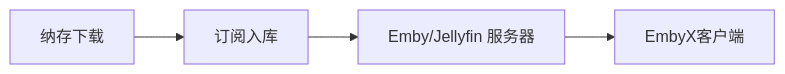
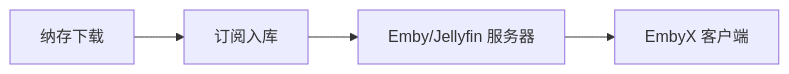
Before and after one commit to juneix/nasave-dl: the diagram in README.md, drawn with Mermaid.

````diff
--- a/README.md
+++ b/README.md
@@ -8,6 +8,6 @@
 ```mermaid
 flowchart LR
     A[纳存下载] --> B[订阅入库]
     B --> C[Emby/Jellyfin 服务器]
-    C --> D[EmbyX客户端]
+    C --> D[EmbyX 客户端]
 ```
````
